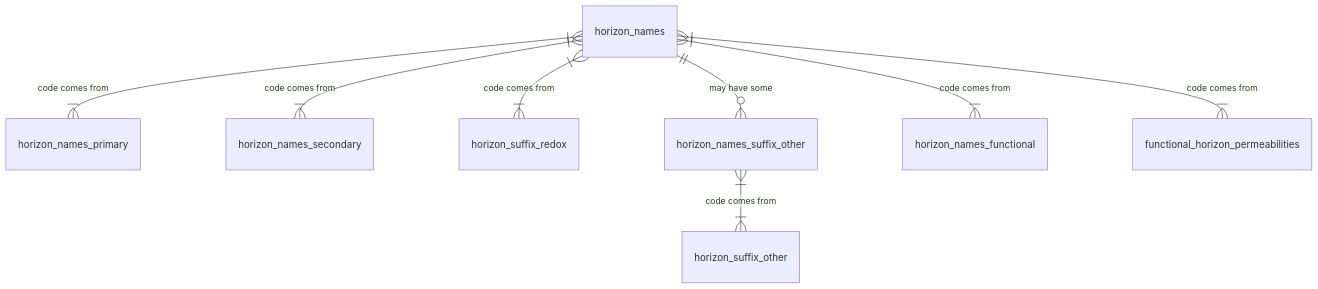
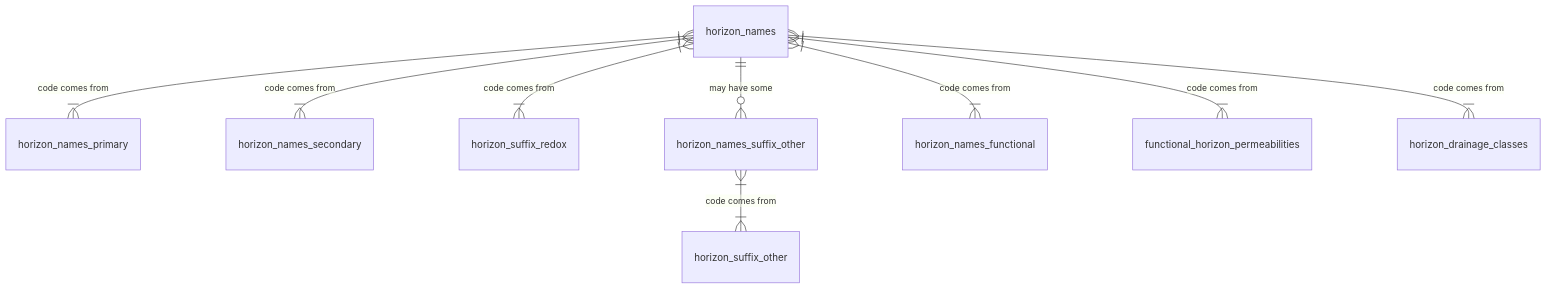
Diagram 24 of 25 in ap_03_database_design.qmd (manaakiwhenua/NZ_soildesc_2024), drawn with Mermaid before and after one commit. The commit also changed other lines of this file, not shown here.

````diff
--- a/ap_03_database_design.qmd
+++ b/ap_03_database_design.qmd
@@ -1817,14 +1811,15 @@
 ```{mermaid}
 %%| fig-cap: "Horizon names - Overview"
 
 %%{ init: { 'er': { 'layoutDirection': 'LR' } } }%%
 erDiagram
   horizon_names }|--|{ horizon_names_primary : "code comes from"
   horizon_names }|--|{ horizon_names_secondary : "code comes from"
   horizon_names }|--|{ horizon_suffix_redox : "code comes from"
   horizon_names ||--o{ horizon_names_suffix_other : "may have some"
   horizon_names_suffix_other }|--|{ horizon_suffix_other : "code comes from"
   horizon_names }|--|{ horizon_names_functional : "code comes from"
   horizon_names }|--|{ functional_horizon_permeabilities : "code comes from"
+  horizon_names }|--|{ horizon_drainage_classes : "code comes from"
 
 ```
````
